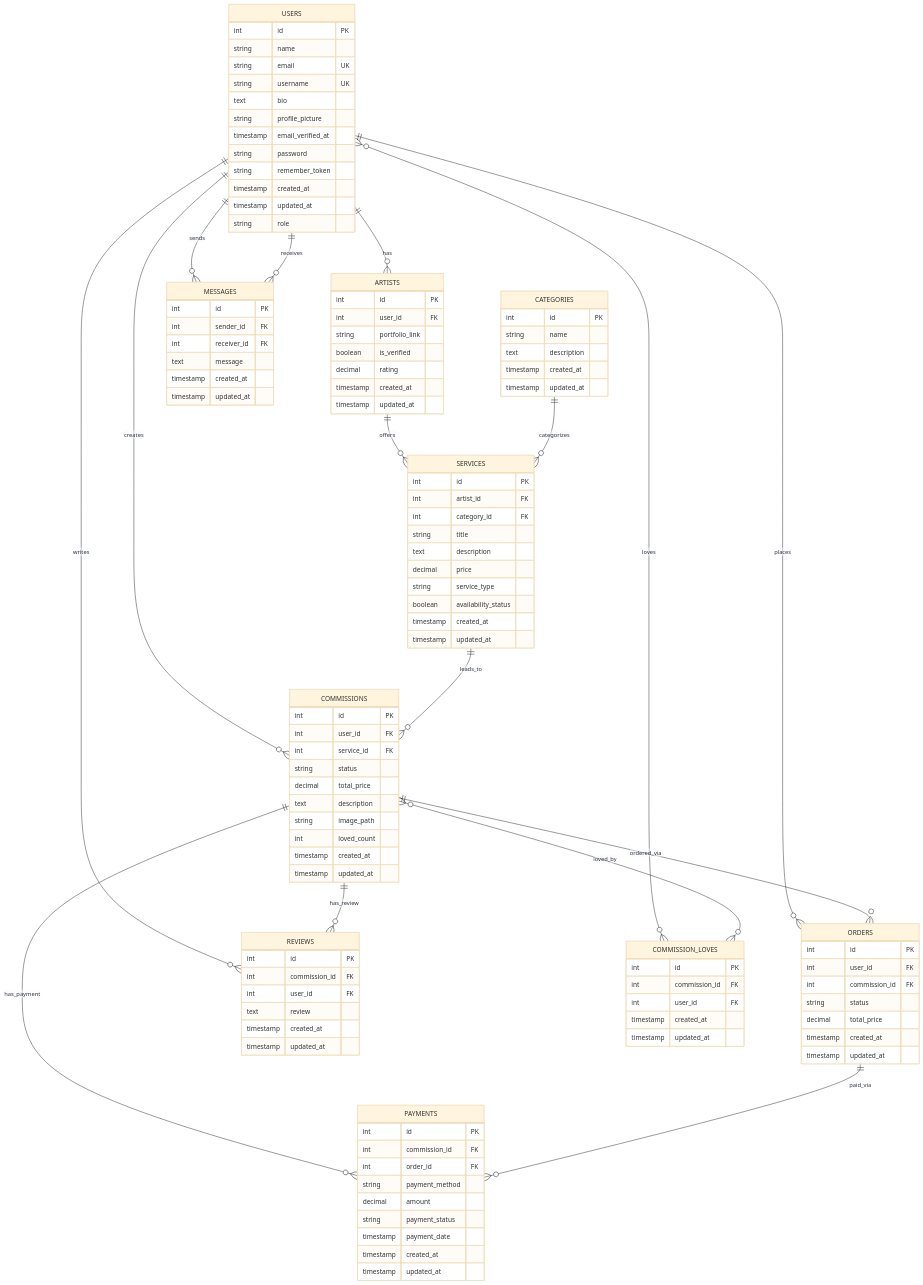
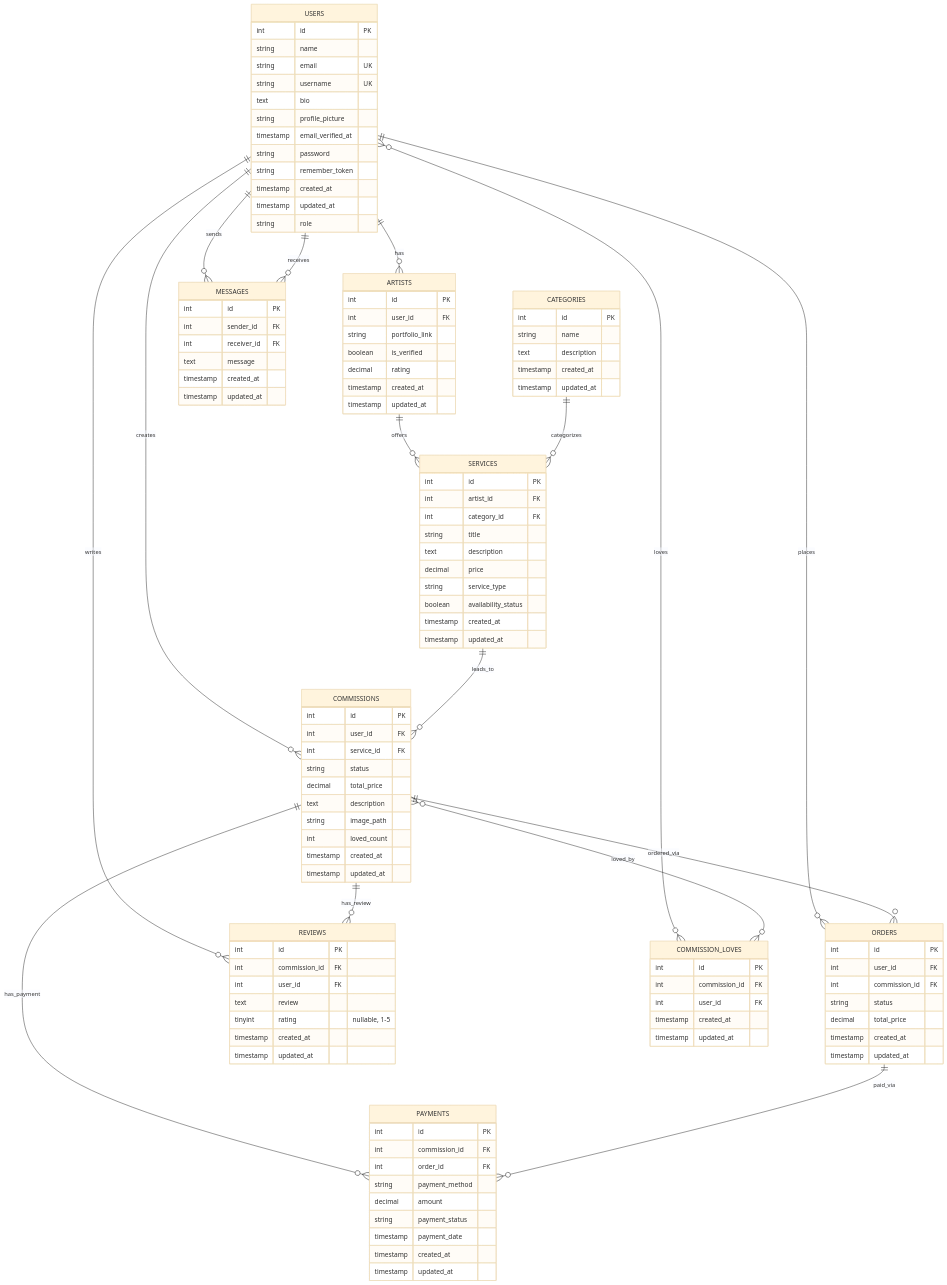
Before and after one commit to Kuurianse/Bergambar: the diagram in README.md, drawn with Mermaid (base theme). The commit also changed other lines of this file and 4 other files, not shown here.

```diff
--- a/README.md
+++ b/README.md
@@ -175,6 +176,7 @@
         int commission_id FK
         int user_id FK
         text review
+        tinyint rating "nullable, 1-5"
         timestamp created_at
         timestamp updated_at
     }
```
